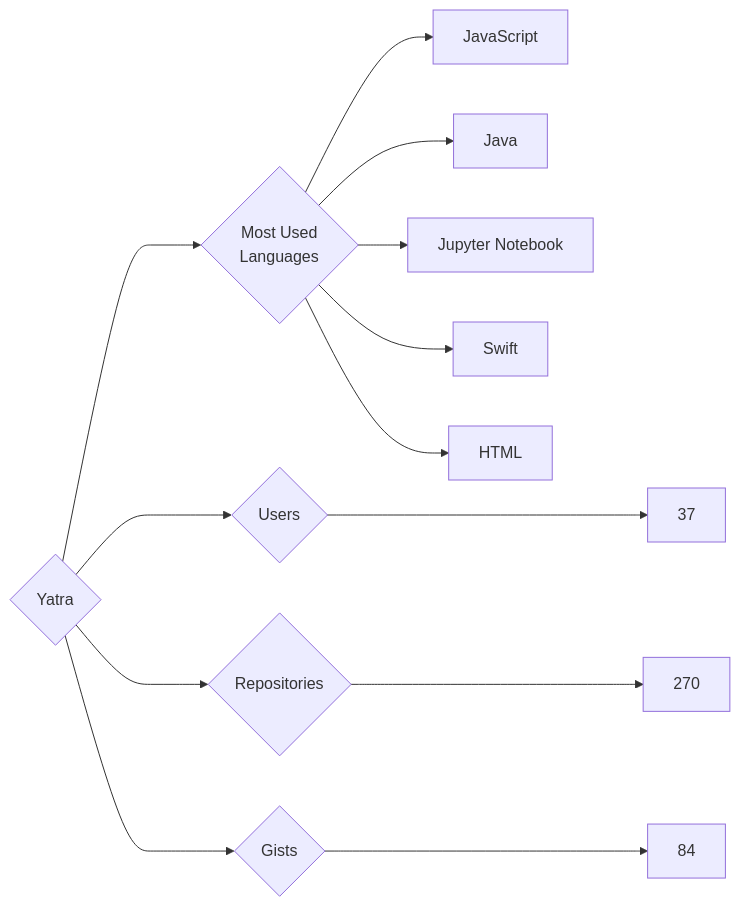
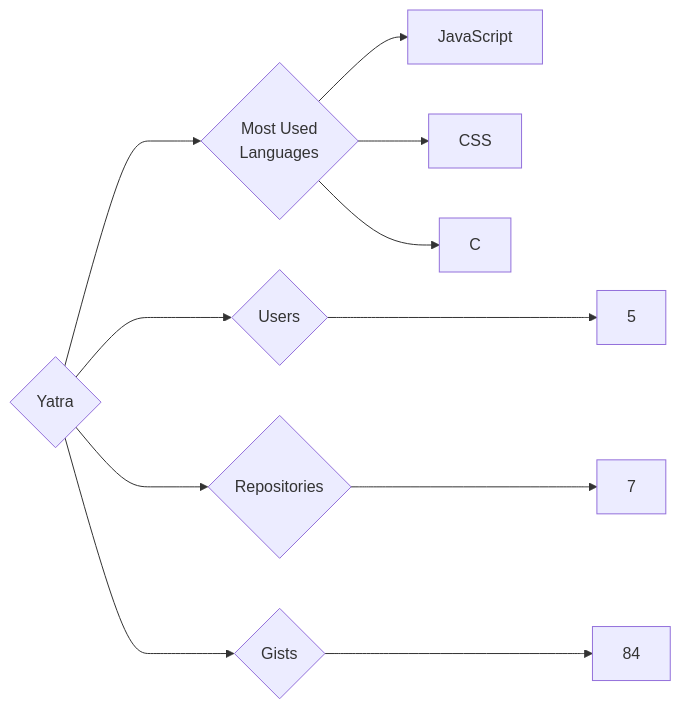
Before and after one commit to trickest/insiders: the diagram in targets/Yatra/README.md, drawn with Mermaid. The commit also changed 797 other files, not shown here.

````diff
--- a/targets/Yatra/README.md
+++ b/targets/Yatra/README.md
@@ -3,13 +3,11 @@
 ```mermaid
 graph LR
 COMPANY_NAME{Yatra}
-COMPANY_NAME ---> U{Users} ---> UN[37]
-COMPANY_NAME ---> R{Repositories} ---> RN[270]
+COMPANY_NAME ---> U{Users} ---> UN[5]
+COMPANY_NAME ---> R{Repositories} ---> RN[7]
 COMPANY_NAME ---> G{Gists} ---> GN[84]
 COMPANY_NAME ---> ML{Most Used<br>Languages}
 ML --> JavaScript[JavaScript]
-ML --> Java[Java]
-ML --> Jupyter_Notebook[Jupyter Notebook]
-ML --> Swift[Swift]
-ML --> HTML[HTML]
+ML --> CSS[CSS]
+ML --> C[C]
 ```
````
